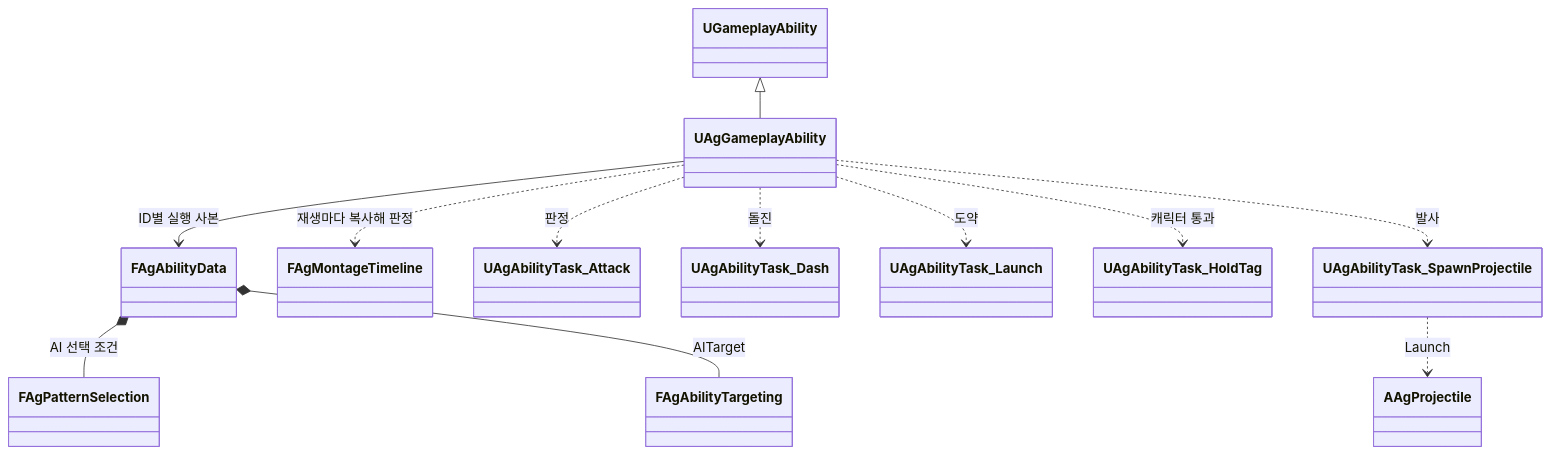
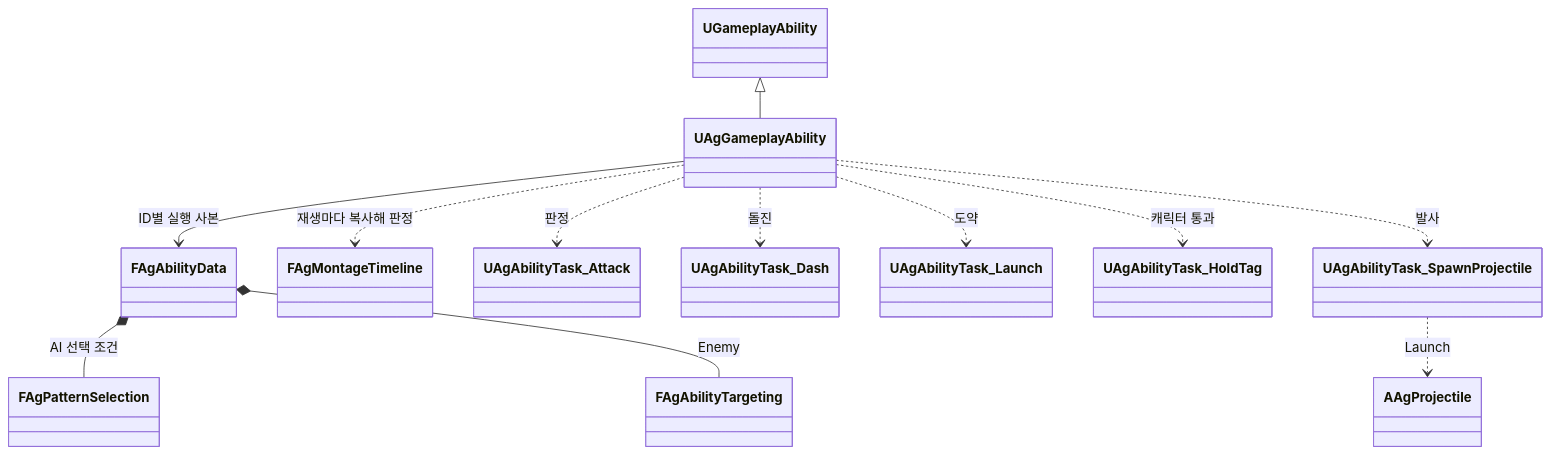
Before and after one commit to Woogl/Ag: the second of 3 diagrams in Docs/Program/보스.md, drawn with Mermaid. The commit also changed other lines of this file and 64 other files, not shown here.

````diff
--- a/Docs/Program/보스.md
+++ b/Docs/Program/보스.md
@@ -83,14 +83,14 @@
 ```mermaid
 classDiagram
     UGameplayAbility <|-- UAgGameplayAbility
     UAgGameplayAbility --> FAgAbilityData : ID별 실행 사본
     FAgAbilityData *-- FAgPatternSelection : AI 선택 조건
-    FAgAbilityData *-- FAgAbilityTargeting : AITarget
+    FAgAbilityData *-- FAgAbilityTargeting : Enemy
     UAgGameplayAbility ..> FAgMontageTimeline : 재생마다 복사해 판정
     UAgGameplayAbility ..> UAgAbilityTask_Attack : 판정
     UAgGameplayAbility ..> UAgAbilityTask_Dash : 돌진
     UAgGameplayAbility ..> UAgAbilityTask_Launch : 도약
     UAgGameplayAbility ..> UAgAbilityTask_HoldTag : 캐릭터 통과
     UAgGameplayAbility ..> UAgAbilityTask_SpawnProjectile : 발사
     UAgAbilityTask_SpawnProjectile ..> AAgProjectile : Launch
 ```
````
